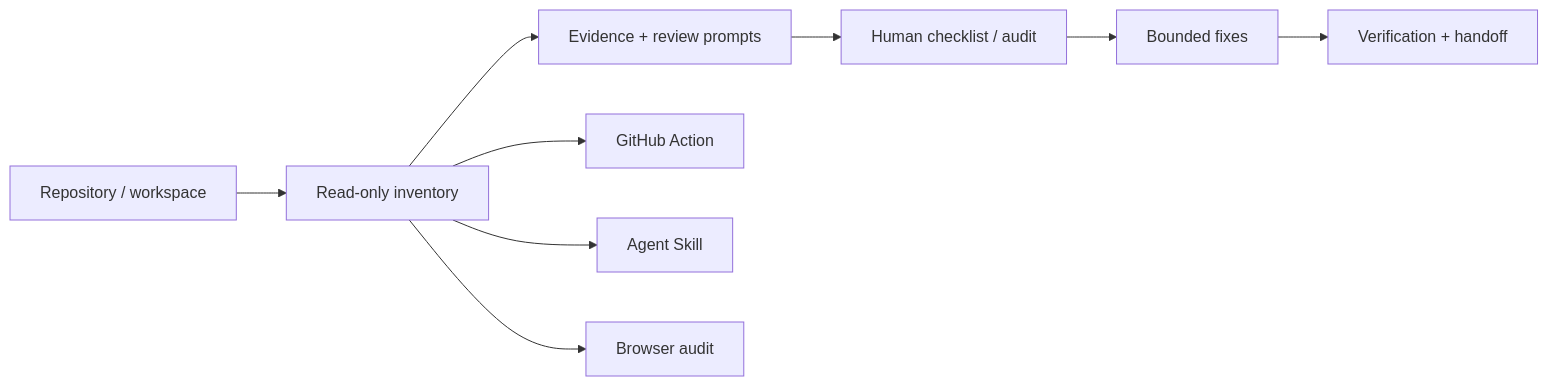
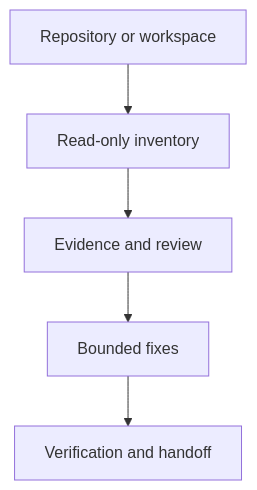
Before and after one commit to OssaBellator/claude-code-mcp-hardening: the diagram in README.md, drawn with Mermaid.

Commit message:
Simplify README architecture diagram for readability

````diff
--- a/README.md
+++ b/README.md
@@ -19,11 +19,10 @@
 ```mermaid
-flowchart LR
-    A[Repository / workspace] --> B[Read-only inventory]
-    B --> C[Evidence + review prompts]
-    C --> D[Human checklist / audit]
-    D --> E[Bounded fixes]
-    E --> F[Verification + handoff]
-    B --> G[GitHub Action]
-    B --> H[Agent Skill]
-    B --> I[Browser audit]
+flowchart TD
+    A[Repository or workspace]
+    B[Read-only inventory]
+    C[Evidence and review]
+    D[Bounded fixes]
+    E[Verification and handoff]
+
+    A --> B --> C --> D --> E
 ```
````
